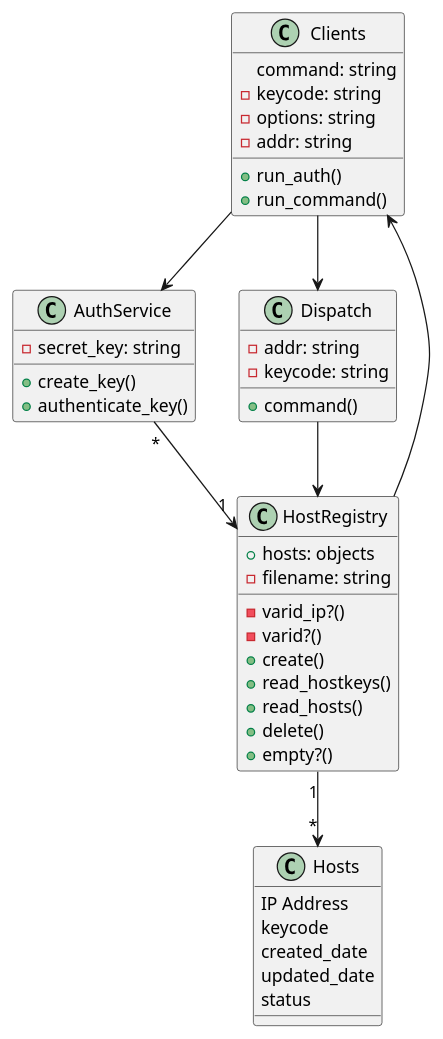
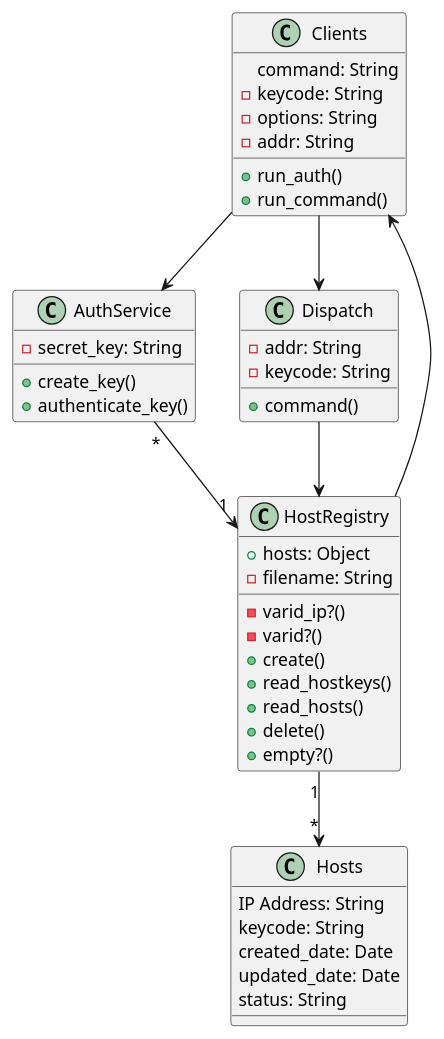
One commit to 40ruby/reins changed the diagram in uml/classes.pu. Above: the diagram before and after it, drawn with PlantUML. The commit also changed 3 other files, not shown here.

```diff
--- a/uml/classes.pu
+++ b/uml/classes.pu
@@ -1,51 +1,51 @@
 @startuml
 
 class Clients {
-  command: string
-  -keycode: string
-  -options: string
-  -addr: string
+  command: String
+  -keycode: String
+  -options: String
+  -addr: String
   +run_auth()
   +run_command()
 }
 
 class AuthService {
-  -secret_key: string
+  -secret_key: String
   +create_key()
   +authenticate_key()
 }
 
 class Dispatch {
-  -addr: string
-  -keycode: string
+  -addr: String
+  -keycode: String
   +command()
 }
 
 class HostRegistry {
-  +hosts: objects
-  -filename: string
+  +hosts: Object
+  -filename: String
   -varid_ip?()
   -varid?()
   +create()
   +read_hostkeys()
   +read_hosts()
   +delete()
   +empty?()
 }
 
 class Hosts {
-  IP Address
-  keycode
-  created_date
-  updated_date
-  status
+  IP Address: String
+  keycode: String
+  created_date: Date
+  updated_date: Date
+  status: String
 }
 
 Clients --> Dispatch
 Clients --> AuthService
 AuthService "*" --> "1" HostRegistry
 Dispatch --> HostRegistry
 HostRegistry --> Clients
 HostRegistry "1" --> "*" Hosts
 
 @enduml
```
